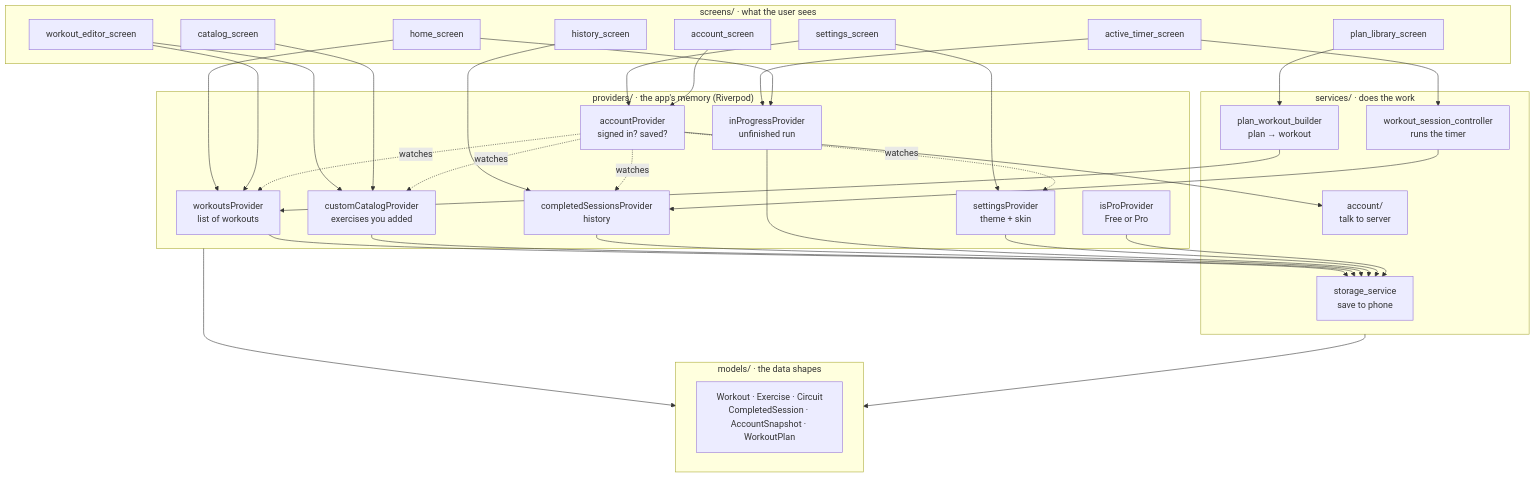
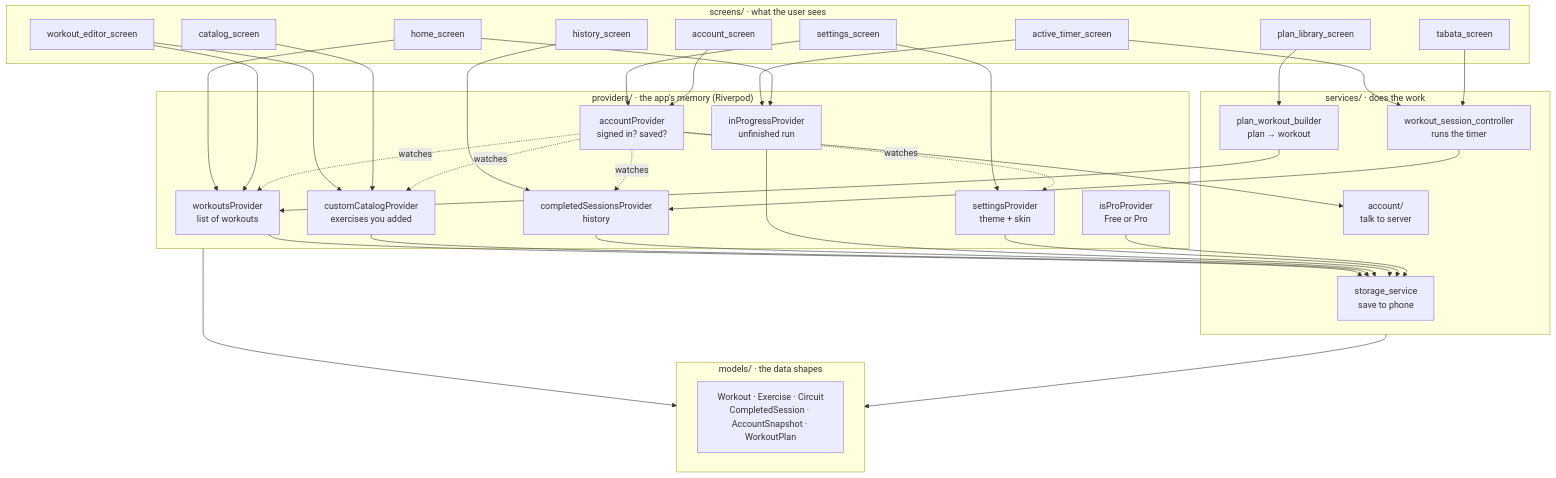
Before and after one commit to kuikai/stackfit: the second of 6 diagrams in GUIDE.md, drawn with Mermaid. The commit also changed other lines of this file and 115 other files, not shown here.

````diff
--- a/GUIDE.md
+++ b/GUIDE.md
@@ -72,63 +72,65 @@
 ```mermaid
 flowchart TB
   subgraph Screens["screens/ · what the user sees"]
     Home[home_screen]
     Editor[workout_editor_screen]
     Catalog[catalog_screen]
     Timer[active_timer_screen]
+    Tabata[tabata_screen]
     History[history_screen]
     Settings[settings_screen]
     Plans[plan_library_screen]
     Account[account_screen]
   end
 
   subgraph Providers["providers/ · the app's memory (Riverpod)"]
     WP[workoutsProvider<br/>list of workouts]
     CCP[customCatalogProvider<br/>exercises you added]
     CP[completedSessionsProvider<br/>history]
     IP[inProgressProvider<br/>unfinished run]
     SP[settingsProvider<br/>theme + skin]
     PP[isProProvider<br/>Free or Pro]
     AP[accountProvider<br/>signed in? saved?]
   end
 
   subgraph Services["services/ · does the work"]
     Store[storage_service<br/>save to phone]
     Session[workout_session_controller<br/>runs the timer]
     Sync[account/<br/>talk to server]
     Plan[plan_workout_builder<br/>plan → workout]
   end
 
   subgraph Models["models/ · the data shapes"]
     M[Workout · Exercise · Circuit<br/>CompletedSession · AccountSnapshot · WorkoutPlan]
   end
 
   Home --> WP
   Editor --> WP
   Editor --> CCP
   Catalog --> CCP
   Timer --> Session --> CP
+  Tabata --> Session
   Timer --> IP
   Home --> IP
   History --> CP
   Settings --> SP
   Settings --> AP
   Plans --> Plan --> WP
   Account --> AP
 
   WP --> Store
   CCP --> Store
   CP --> Store
   IP --> Store
   SP --> Store
   PP --> Store
   AP --> Sync
 
   AP -. "watches" .-> WP
   AP -. "watches" .-> CP
   AP -. "watches" .-> SP
   AP -. "watches" .-> CCP
 
   Providers --> Models
   Services --> Models
 ```
````
